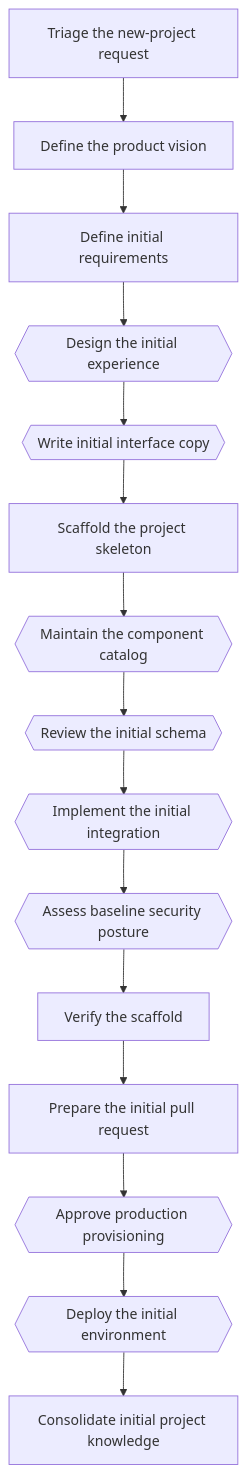
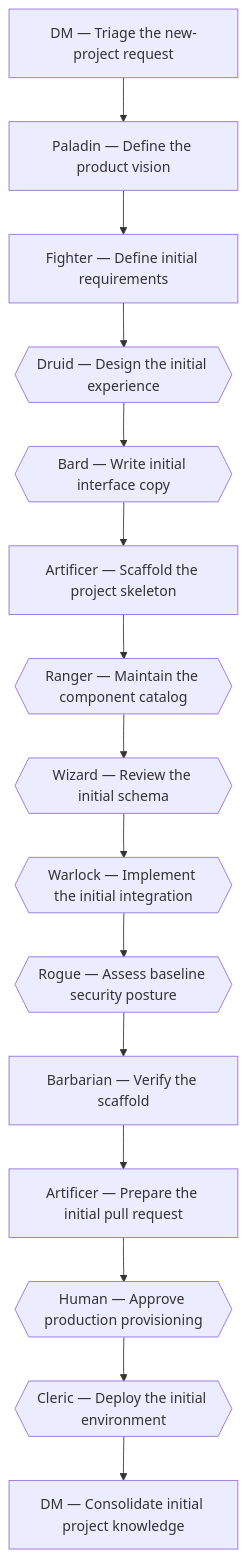
One commit to xavitoro/guild changed the diagram in .guild/core/workflows/create-new-project/workflow.md. Above: the diagram before and after it, drawn with Mermaid. The commit also changed other lines of this file and 129 other files, not shown here.

````diff
--- a/.guild/core/workflows/create-new-project/workflow.md
+++ b/.guild/core/workflows/create-new-project/workflow.md
@@ -17,32 +17,32 @@
 ```mermaid
 flowchart TD
-    new-project-01-triage["Triage the new-project request"]
-    new-project-02-define-vision["Define the product vision"]
-    new-project-03-define-requirements["Define initial requirements"]
-    new-project-04-design-experience{{"Design the initial experience"}}
-    new-project-05-write-copy{{"Write initial interface copy"}}
-    new-project-06-scaffold-project["Scaffold the project skeleton"]
-    new-project-07-maintain-component-catalog{{"Maintain the component catalog"}}
-    new-project-08-review-schema{{"Review the initial schema"}}
-    new-project-09-implement-integration{{"Implement the initial integration"}}
-    new-project-10-baseline-threat-model{{"Assess baseline security posture"}}
-    new-project-11-regression-review["Verify the scaffold"]
-    new-project-12-prepare-pull-request["Prepare the initial pull request"]
-    new-project-13-human-approval-provision{{"Approve production provisioning"}}
-    new-project-14-initial-deployment{{"Deploy the initial environment"}}
-    new-project-15-consolidate-knowledge["Consolidate initial project knowledge"]
+    new-project-01-triage["DM — Triage the new-project request"]
+    new-project-02-define-vision["Paladin — Define the product vision"]
+    new-project-03-define-requirements["Fighter — Define initial requirements"]
+    new-project-04-design-experience{{"Druid — Design the initial experience"}}
+    new-project-05-write-copy{{"Bard — Write initial interface copy"}}
+    new-project-06-scaffold-project["Artificer — Scaffold the project skeleton"]
+    new-project-07-maintain-component-catalog{{"Ranger — Maintain the component catalog"}}
+    new-project-08-review-schema{{"Wizard — Review the initial schema"}}
+    new-project-09-implement-integration{{"Warlock — Implement the initial integration"}}
+    new-project-10-baseline-threat-model{{"Rogue — Assess baseline security posture"}}
+    new-project-11-regression-review["Barbarian — Verify the scaffold"]
+    new-project-12-prepare-pull-request["Artificer — Prepare the initial pull request"]
+    new-project-13-human-approval-provision{{"Human — Approve production provisioning"}}
+    new-project-14-initial-deployment{{"Cleric — Deploy the initial environment"}}
+    new-project-15-consolidate-knowledge["DM — Consolidate initial project knowledge"]
     new-project-01-triage --> new-project-02-define-vision
     new-project-02-define-vision --> new-project-03-define-requirements
     new-project-03-define-requirements --> new-project-04-design-experience
     new-project-04-design-experience --> new-project-05-write-copy
     new-project-05-write-copy --> new-project-06-scaffold-project
     new-project-06-scaffold-project --> new-project-07-maintain-component-catalog
     new-project-07-maintain-component-catalog --> new-project-08-review-schema
     new-project-08-review-schema --> new-project-09-implement-integration
     new-project-09-implement-integration --> new-project-10-baseline-threat-model
     new-project-10-baseline-threat-model --> new-project-11-regression-review
     new-project-11-regression-review --> new-project-12-prepare-pull-request
     new-project-12-prepare-pull-request --> new-project-13-human-approval-provision
     new-project-13-human-approval-provision --> new-project-14-initial-deployment
     new-project-14-initial-deployment --> new-project-15-consolidate-knowledge
 ```
````
